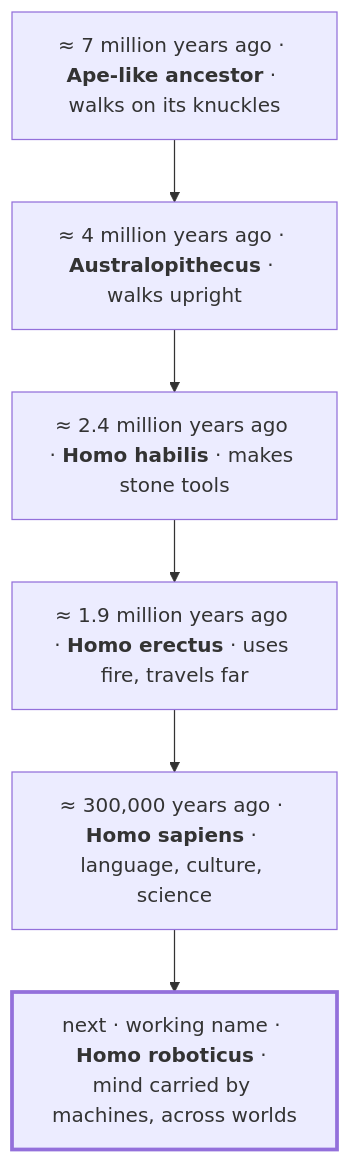
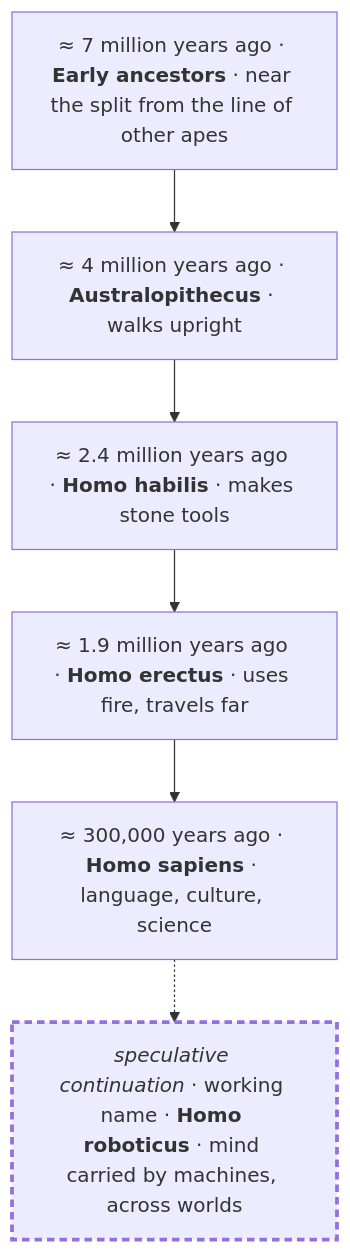
Before and after one commit to HomenSAI/two-worlds-one-mind: the diagram in book/07-vision.md, drawn with Mermaid. The commit also changed other lines of this file and 23 other files, not shown here.

````diff
--- a/book/07-vision.md
+++ b/book/07-vision.md
@@ -36,5 +38,6 @@
 ```mermaid
 flowchart TB
-    A["≈ 7 million years ago · <b>Ape-like ancestor</b> · walks on its knuckles"] --> B["≈ 4 million years ago · <b>Australopithecus</b> · walks upright"] --> C["≈ 2.4 million years ago · <b>Homo habilis</b> · makes stone tools"] --> D["≈ 1.9 million years ago · <b>Homo erectus</b> · uses fire, travels far"] --> E["≈ 300,000 years ago · <b>Homo sapiens</b> · language, culture, science"] --> F["next · working name · <b>Homo roboticus</b> · mind carried by machines, across worlds"]
-    style F stroke-width:3px
+    A["≈ 7 million years ago · <b>Early ancestors</b> · near the split from the line of other apes"] --> B["≈ 4 million years ago · <b>Australopithecus</b> · walks upright"] --> C["≈ 2.4 million years ago · <b>Homo habilis</b> · makes stone tools"] --> D["≈ 1.9 million years ago · <b>Homo erectus</b> · uses fire, travels far"] --> E["≈ 300,000 years ago · <b>Homo sapiens</b> · language, culture, science"]
+    E -.-> F["<i>speculative continuation</i> · working name · <b>Homo roboticus</b> · mind carried by machines, across worlds"]
+    style F stroke-width:3px,stroke-dasharray: 6 4
 ```
````
